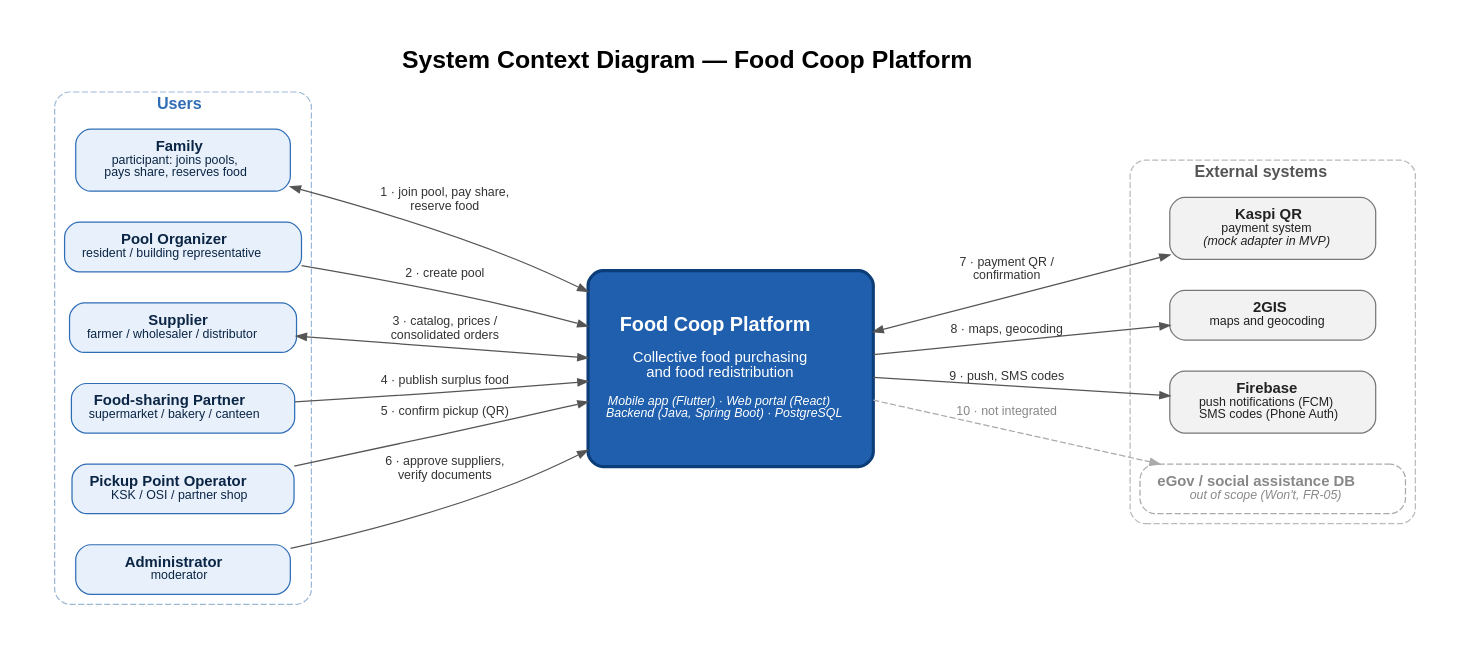
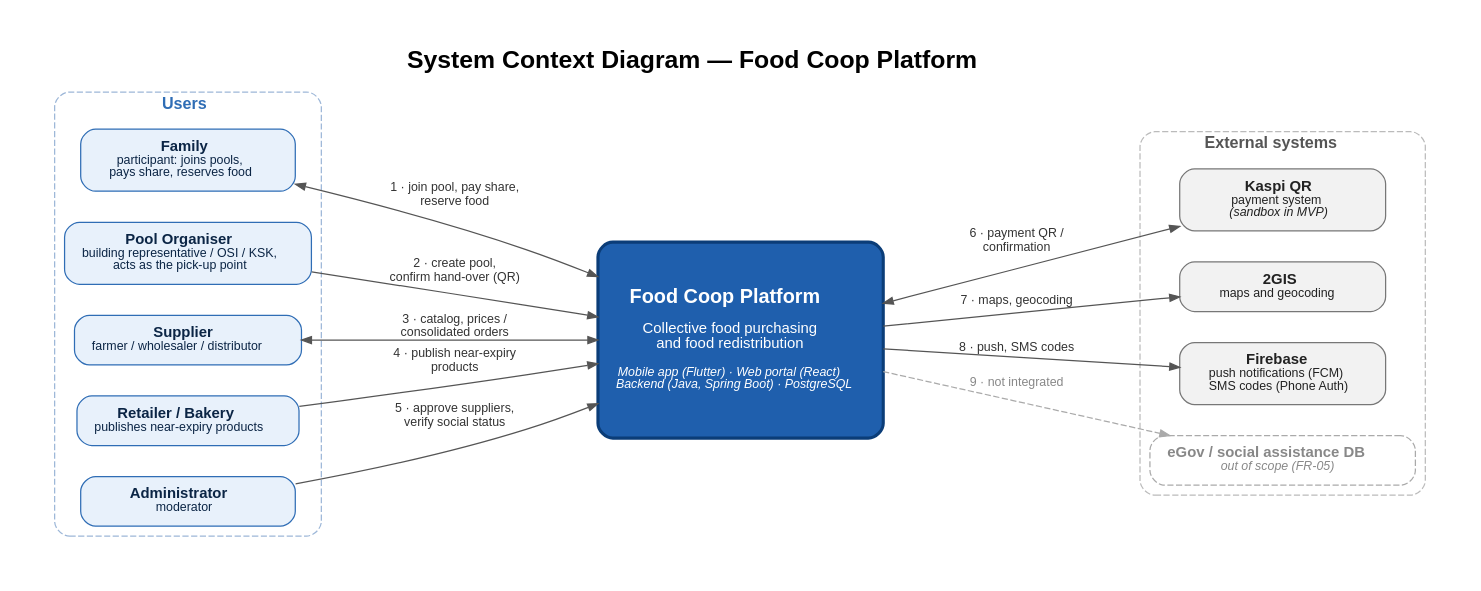
One commit to Karakat177/food-coop-diploma changed the diagram in diagrams/source/01-system-context.dot. Above: the diagram before and after it, drawn with Graphviz. The commit also changed 2 other files, not shown here.

Commit message:
DIP-9: Rename actors to match proposal and use case diagram

```diff
--- a/diagrams/source/01-system-context.dot
+++ b/diagrams/source/01-system-context.dot
@@ -1,47 +1,45 @@
 // DIP-9 System Context Diagram
 // Project: Information system for optimizing collective food purchasing and food redistribution
 // Render: dot -Tpng -Gdpi=200 01-system-context.dot -o ../export/01-system-context.png
-// Interaction numbers (1-10) are explained in docs/07-architecture.md, section "System context".
+// Interaction numbers (1-9) are explained in docs/07-architecture.md, section "System context".
 
 digraph SystemContext {
     graph [rankdir=LR, splines=true, nodesep=0.35, ranksep=1.6, fontname="Helvetica",
            label=<<b>System Context Diagram — Food Coop Platform</b>>, labelloc=t, fontsize=20, pad=0.4]
     node  [fontname="Helvetica", fontsize=12, shape=box, style="rounded,filled", margin="0.2,0.12"]
     edge  [fontname="Helvetica", fontsize=10, color="#555555", fontcolor="#333333", arrowsize=0.8]
 
     subgraph cluster_users {
         label=<<b>Users</b>>; fontsize=13; style="rounded,dashed"; color="#9DB7D8"; fontcolor="#2F6DB5"
         node [fillcolor="#E8F1FB", color="#2F6DB5", fontcolor="#0B2545", width=2.4]
         FAM  [label=<<b>Family</b><br/><font point-size="10">participant: joins pools,<br/>pays share, reserves food</font>>]
-        ORG  [label=<<b>Pool Organizer</b><br/><font point-size="10">resident / building representative</font>>]
+        ORG  [label=<<b>Pool Organiser</b><br/><font point-size="10">building representative / OSI / KSK,<br/>acts as the pick-up point</font>>]
         SUP  [label=<<b>Supplier</b><br/><font point-size="10">farmer / wholesaler / distributor</font>>]
-        PART [label=<<b>Food-sharing Partner</b><br/><font point-size="10">supermarket / bakery / canteen</font>>]
-        PICK [label=<<b>Pickup Point Operator</b><br/><font point-size="10">KSK / OSI / partner shop</font>>]
+        PART [label=<<b>Retailer / Bakery</b><br/><font point-size="10">publishes near-expiry products</font>>]
         ADM  [label=<<b>Administrator</b><br/><font point-size="10">moderator</font>>]
     }
 
     SYS [label=<<font point-size="16"><b>Food Coop Platform</b></font><br/><br/>Collective food purchasing<br/>and food redistribution<br/><br/><font point-size="10"><i>Mobile app (Flutter) · Web portal (React)<br/>Backend (Java, Spring Boot) · PostgreSQL</i></font>>,
          fillcolor="#1F5FAD", color="#0B3D78", fontcolor="white", penwidth=2.5, width=3.2, height=2.2]
 
     subgraph cluster_ext {
         label=<<b>External systems</b>>; fontsize=13; style="rounded,dashed"; color="#BBBBBB"; fontcolor="#555555"
         node [fillcolor="#F2F2F2", color="#777777", fontcolor="#222222", width=2.3]
-        KASPI [label=<<b>Kaspi QR</b><br/><font point-size="10">payment system<br/><i>(mock adapter in MVP)</i></font>>]
+        KASPI [label=<<b>Kaspi QR</b><br/><font point-size="10">payment system<br/><i>(sandbox in MVP)</i></font>>]
         MAPS  [label=<<b>2GIS</b><br/><font point-size="10">maps and geocoding</font>>]
         FCM   [label=<<b>Firebase</b><br/><font point-size="10">push notifications (FCM)<br/>SMS codes (Phone Auth)</font>>]
-        EGOV  [label=<<b>eGov / social assistance DB</b><br/><font point-size="10"><i>out of scope (Won't, FR-05)</i></font>>,
+        EGOV  [label=<<b>eGov / social assistance DB</b><br/><font point-size="10"><i>out of scope (FR-05)</i></font>>,
                style="rounded,dashed", fillcolor="white", color="#AAAAAA", fontcolor="#888888"]
     }
 
     FAM  -> SYS [label="1 · join pool, pay share,\nreserve food", dir=both]
-    ORG  -> SYS [label="2 · create pool"]
+    ORG  -> SYS [label="2 · create pool,\nconfirm hand-over (QR)"]
     SUP  -> SYS [label="3 · catalog, prices /\nconsolidated orders", dir=both]
-    PART -> SYS [label="4 · publish surplus food"]
-    PICK -> SYS [label="5 · confirm pickup (QR)"]
-    ADM  -> SYS [label="6 · approve suppliers,\nverify documents"]
+    PART -> SYS [label="4 · publish near-expiry\nproducts"]
+    ADM  -> SYS [label="5 · approve suppliers,\nverify social status"]
 
-    SYS -> KASPI [label="7 · payment QR /\nconfirmation", dir=both]
-    SYS -> MAPS  [label="8 · maps, geocoding"]
-    SYS -> FCM   [label="9 · push, SMS codes"]
-    SYS -> EGOV  [label="10 · not integrated", style=dashed, color="#AAAAAA", fontcolor="#888888"]
+    SYS -> KASPI [label="6 · payment QR /\nconfirmation", dir=both]
+    SYS -> MAPS  [label="7 · maps, geocoding"]
+    SYS -> FCM   [label="8 · push, SMS codes"]
+    SYS -> EGOV  [label="9 · not integrated", style=dashed, color="#AAAAAA", fontcolor="#888888"]
 }
```
